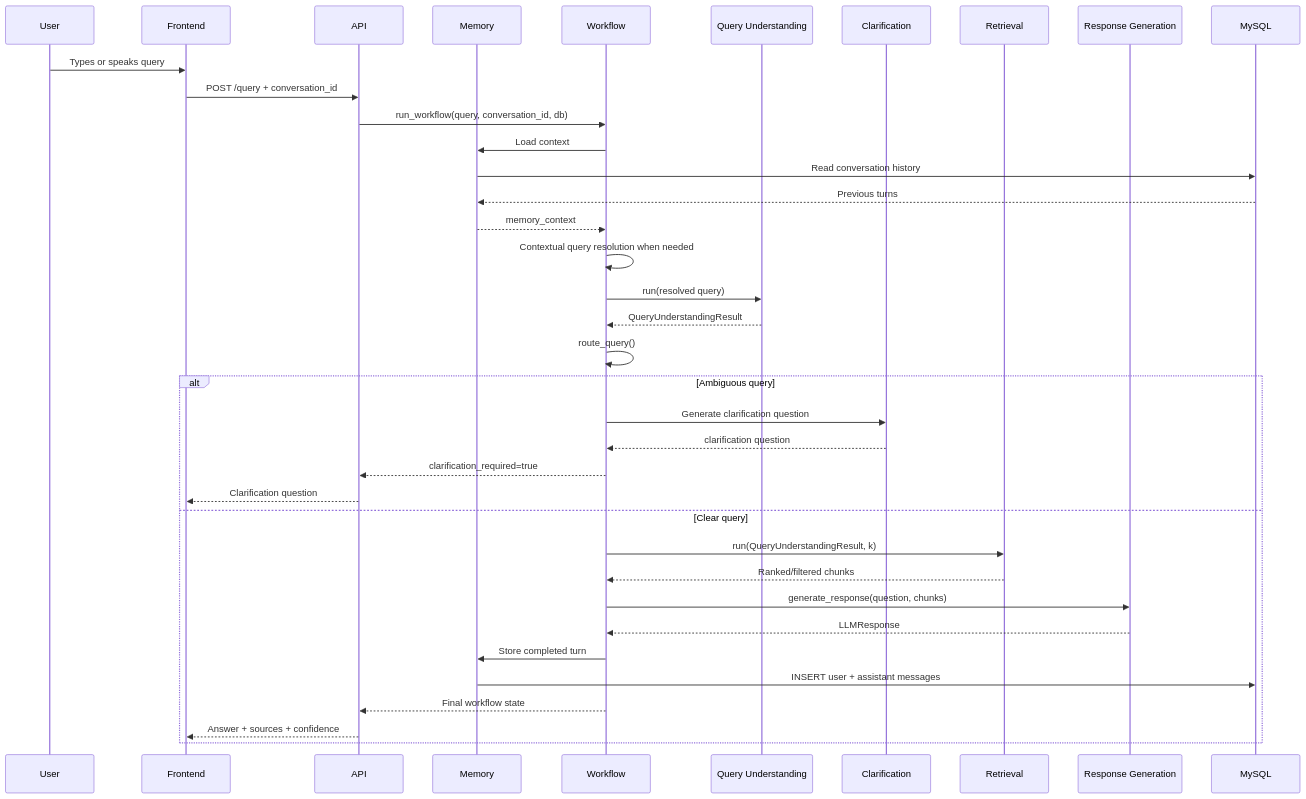
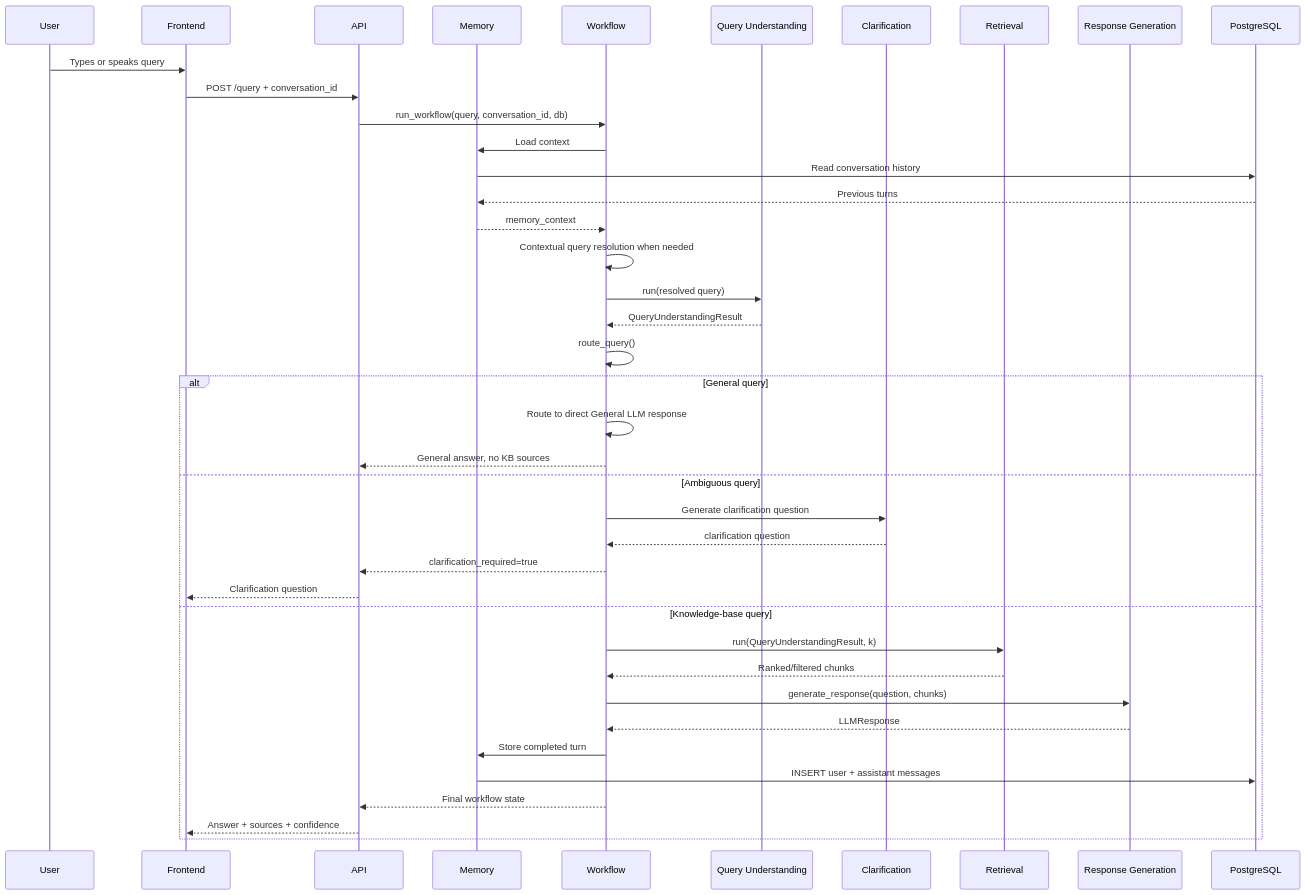
One commit to Prathiksha-2126/Development-of-AI-Based-Knowledge-Retrieval-Platform-with-Query-Resolution-System changed the fifth of 8 diagrams in PROJECT_GUIDE.md. Above: the diagram before and after it, drawn with Mermaid. The commit also changed other lines of this file and 78 other files, not shown here.

````diff
--- a/PROJECT_GUIDE.md
+++ b/PROJECT_GUIDE.md
@@ -712,41 +891,44 @@
 ```mermaid
 sequenceDiagram
     participant User
     participant Frontend
     participant API
     participant Memory
     participant Workflow
     participant QUA as Query Understanding
     participant Clarification
     participant RA as Retrieval
     participant RGA as Response Generation
-    participant MySQL
+    participant PostgreSQL
 
     User->>Frontend: Types or speaks query
     Frontend->>API: POST /query + conversation_id
     API->>Workflow: run_workflow(query, conversation_id, db)
     Workflow->>Memory: Load context
-    Memory->>MySQL: Read conversation history
-    MySQL-->>Memory: Previous turns
+    Memory->>PostgreSQL: Read conversation history
+    PostgreSQL-->>Memory: Previous turns
     Memory-->>Workflow: memory_context
     Workflow->>Workflow: Contextual query resolution when needed
     Workflow->>QUA: run(resolved query)
     QUA-->>Workflow: QueryUnderstandingResult
     Workflow->>Workflow: route_query()
 
-    alt Ambiguous query
+    alt General query
+        Workflow->>Workflow: Route to direct General LLM response
+        Workflow-->>API: General answer, no KB sources
+    else Ambiguous query
         Workflow->>Clarification: Generate clarification question
         Clarification-->>Workflow: clarification question
         Workflow-->>API: clarification_required=true
         API-->>Frontend: Clarification question
-    else Clear query
+    else Knowledge-base query
         Workflow->>RA: run(QueryUnderstandingResult, k)
         RA-->>Workflow: Ranked/filtered chunks
         Workflow->>RGA: generate_response(question, chunks)
         RGA-->>Workflow: LLMResponse
         Workflow->>Memory: Store completed turn
-        Memory->>MySQL: INSERT user + assistant messages
+        Memory->>PostgreSQL: INSERT user + assistant messages
         Workflow-->>API: Final workflow state
         API-->>Frontend: Answer + sources + confidence
     end
 ```
````
